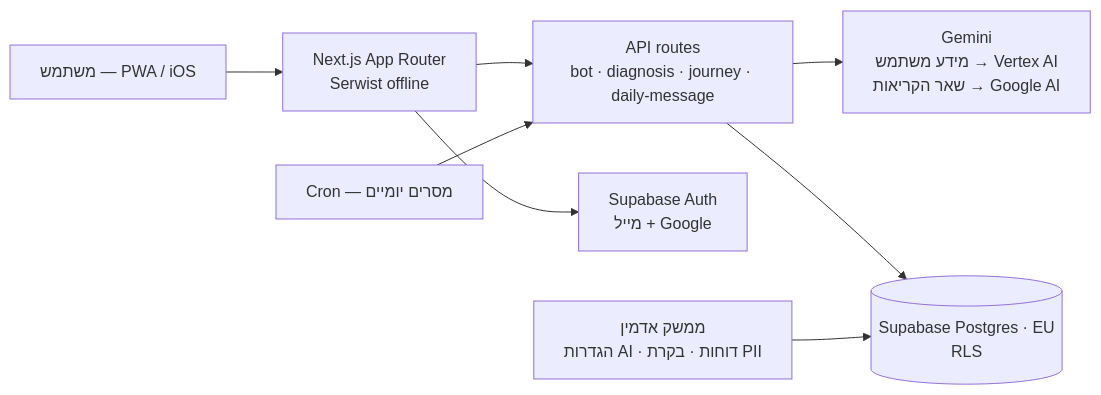
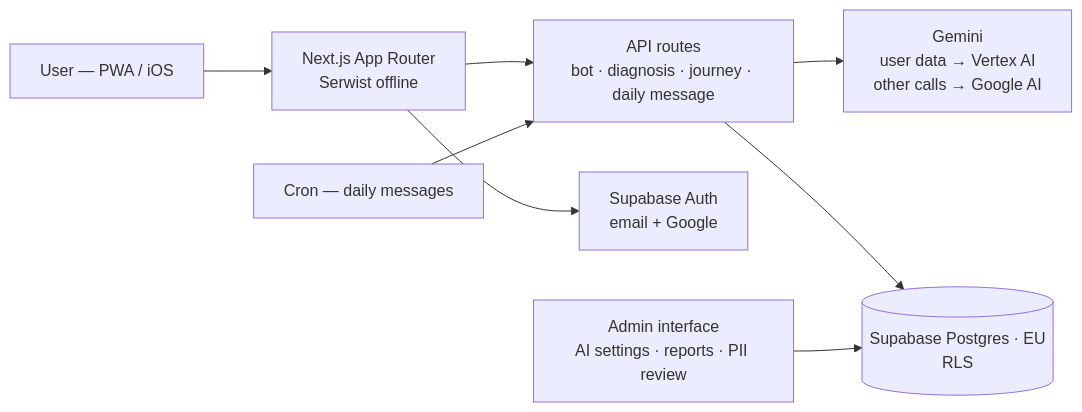
Before and after one commit to danidliod/ai-projects-portfolio: the diagram in projects/07-growing-from-within.md, drawn with Mermaid. The commit also changed other lines of this file and 10 other files, not shown here.

````diff
--- a/projects/07-growing-from-within.md
+++ b/projects/07-growing-from-within.md
@@ -28,10 +28,10 @@
 ```mermaid
 flowchart LR
-  U[משתמש — PWA / iOS] --> APP[Next.js App Router<br/>Serwist offline]
-  APP --> API[API routes<br/>bot · diagnosis · journey · daily-message]
-  API --> GEM["Gemini<br/>מידע משתמש → Vertex AI<br/>שאר הקריאות → Google AI"]
+  U[User — PWA / iOS] --> APP[Next.js App Router<br/>Serwist offline]
+  APP --> API[API routes<br/>bot · diagnosis · journey · daily message]
+  API --> GEM["Gemini<br/>user data → Vertex AI<br/>other calls → Google AI"]
   API --> DB[(Supabase Postgres · EU<br/>RLS)]
-  APP --> AUTH[Supabase Auth<br/>מייל + Google]
-  ADM[ממשק אדמין<br/>הגדרות AI · דוחות · בקרת PII] --> DB
-  CRON[Cron — מסרים יומיים] --> API
+  APP --> AUTH[Supabase Auth<br/>email + Google]
+  ADM[Admin interface<br/>AI settings · reports · PII review] --> DB
+  CRON[Cron — daily messages] --> API
 ```
````
